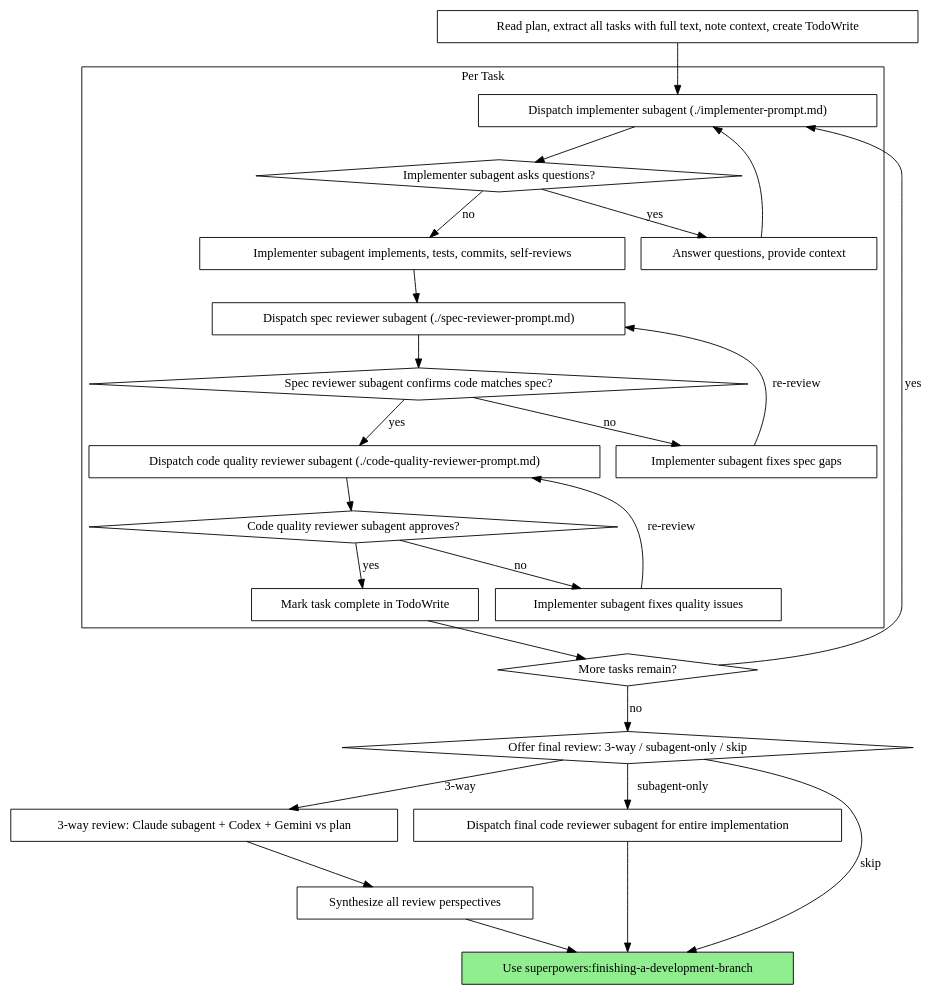
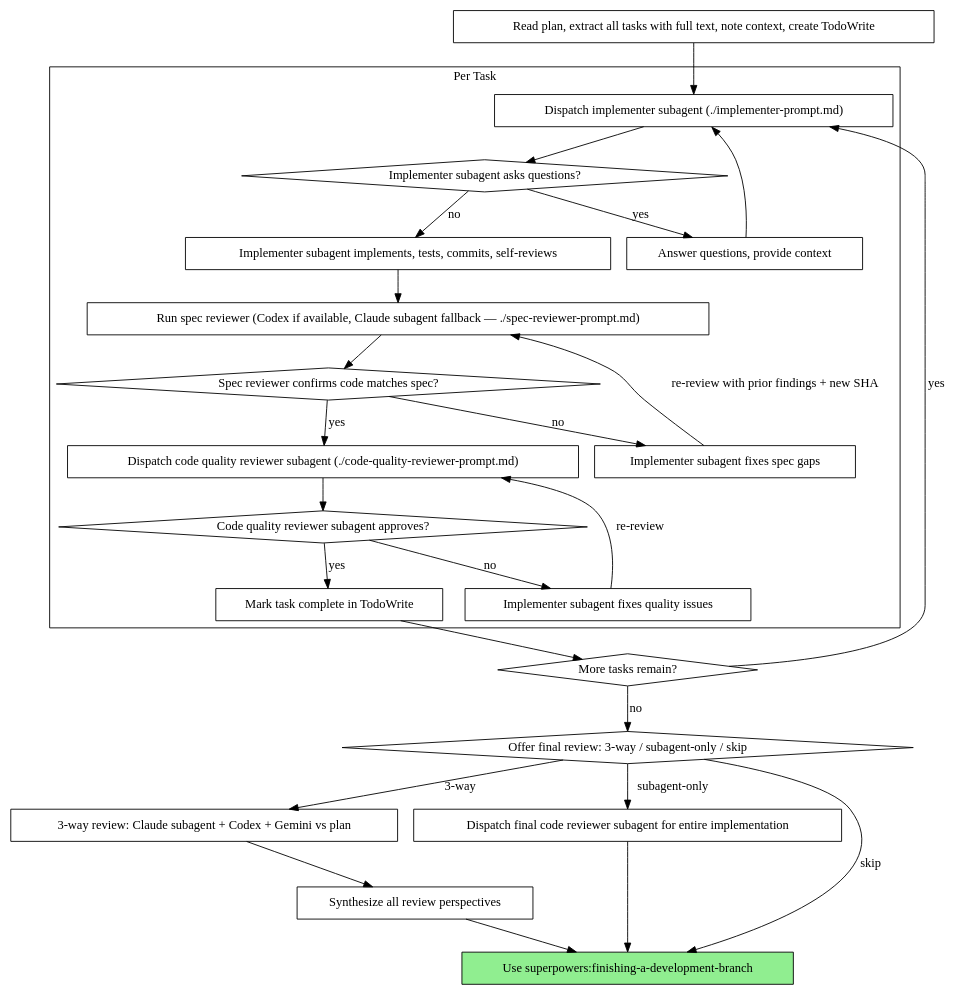
The second of 2 diagrams in skills/subagent-driven-development/SKILL.md (DejaVu-Cyber/superpowers-consulted), drawn with Graphviz before and after one commit. The commit also changed other lines of this file and 4 other files, not shown here.

First line of the commit message:
feat: use Codex for per-task spec compliance review

````diff
--- a/skills/subagent-driven-development/SKILL.md
+++ b/skills/subagent-driven-development/SKILL.md
@@ -42,52 +42,52 @@
 ```dot
 digraph process {
     rankdir=TB;
 
     subgraph cluster_per_task {
         label="Per Task";
         "Dispatch implementer subagent (./implementer-prompt.md)" [shape=box];
         "Implementer subagent asks questions?" [shape=diamond];
         "Answer questions, provide context" [shape=box];
         "Implementer subagent implements, tests, commits, self-reviews" [shape=box];
-        "Dispatch spec reviewer subagent (./spec-reviewer-prompt.md)" [shape=box];
-        "Spec reviewer subagent confirms code matches spec?" [shape=diamond];
+        "Run spec reviewer (Codex if available, Claude subagent fallback — ./spec-reviewer-prompt.md)" [shape=box];
+        "Spec reviewer confirms code matches spec?" [shape=diamond];
         "Implementer subagent fixes spec gaps" [shape=box];
         "Dispatch code quality reviewer subagent (./code-quality-reviewer-prompt.md)" [shape=box];
         "Code quality reviewer subagent approves?" [shape=diamond];
         "Implementer subagent fixes quality issues" [shape=box];
         "Mark task complete in TodoWrite" [shape=box];
     }
 
     "Read plan, extract all tasks with full text, note context, create TodoWrite" [shape=box];
     "More tasks remain?" [shape=diamond];
     "Offer final review: 3-way / subagent-only / skip" [shape=diamond];
     "3-way review: Claude subagent + Codex + Gemini vs plan" [shape=box];
     "Dispatch final code reviewer subagent for entire implementation" [shape=box];
     "Synthesize all review perspectives" [shape=box];
     "Use superpowers:finishing-a-development-branch" [shape=box style=filled fillcolor=lightgreen];
 
     "Read plan, extract all tasks with full text, note context, create TodoWrite" -> "Dispatch implementer subagent (./implementer-prompt.md)";
     "Dispatch implementer subagent (./implementer-prompt.md)" -> "Implementer subagent asks questions?";
     "Implementer subagent asks questions?" -> "Answer questions, provide context" [label="yes"];
     "Answer questions, provide context" -> "Dispatch implementer subagent (./implementer-prompt.md)";
     "Implementer subagent asks questions?" -> "Implementer subagent implements, tests, commits, self-reviews" [label="no"];
-    "Implementer subagent implements, tests, commits, self-reviews" -> "Dispatch spec reviewer subagent (./spec-reviewer-prompt.md)";
-    "Dispatch spec reviewer subagent (./spec-reviewer-prompt.md)" -> "Spec reviewer subagent confirms code matches spec?";
-    "Spec reviewer subagent confirms code matches spec?" -> "Implementer subagent fixes spec gaps" [label="no"];
-    "Implementer subagent fixes spec gaps" -> "Dispatch spec reviewer subagent (./spec-reviewer-prompt.md)" [label="re-review"];
-    "Spec reviewer subagent confirms code matches spec?" -> "Dispatch code quality reviewer subagent (./code-quality-reviewer-prompt.md)" [label="yes"];
+    "Implementer subagent implements, tests, commits, self-reviews" -> "Run spec reviewer (Codex if available, Claude subagent fallback — ./spec-reviewer-prompt.md)";
+    "Run spec reviewer (Codex if available, Claude subagent fallback — ./spec-reviewer-prompt.md)" -> "Spec reviewer confirms code matches spec?";
+    "Spec reviewer confirms code matches spec?" -> "Implementer subagent fixes spec gaps" [label="no"];
+    "Implementer subagent fixes spec gaps" -> "Run spec reviewer (Codex if available, Claude subagent fallback — ./spec-reviewer-prompt.md)" [label="re-review with prior findings + new SHA"];
+    "Spec reviewer confirms code matches spec?" -> "Dispatch code quality reviewer subagent (./code-quality-reviewer-prompt.md)" [label="yes"];
     "Dispatch code quality reviewer subagent (./code-quality-reviewer-prompt.md)" -> "Code quality reviewer subagent approves?";
     "Code quality reviewer subagent approves?" -> "Implementer subagent fixes quality issues" [label="no"];
     "Implementer subagent fixes quality issues" -> "Dispatch code quality reviewer subagent (./code-quality-reviewer-prompt.md)" [label="re-review"];
     "Code quality reviewer subagent approves?" -> "Mark task complete in TodoWrite" [label="yes"];
     "Mark task complete in TodoWrite" -> "More tasks remain?";
     "More tasks remain?" -> "Dispatch implementer subagent (./implementer-prompt.md)" [label="yes"];
     "More tasks remain?" -> "Offer final review: 3-way / subagent-only / skip" [label="no"];
     "Offer final review: 3-way / subagent-only / skip" -> "3-way review: Claude subagent + Codex + Gemini vs plan" [label="3-way"];
     "Offer final review: 3-way / subagent-only / skip" -> "Dispatch final code reviewer subagent for entire implementation" [label="subagent-only"];
     "Offer final review: 3-way / subagent-only / skip" -> "Use superpowers:finishing-a-development-branch" [label="skip"];
     "3-way review: Claude subagent + Codex + Gemini vs plan" -> "Synthesize all review perspectives";
     "Dispatch final code reviewer subagent for entire implementation" -> "Use superpowers:finishing-a-development-branch";
     "Synthesize all review perspectives" -> "Use superpowers:finishing-a-development-branch";
 }
 ```
````
